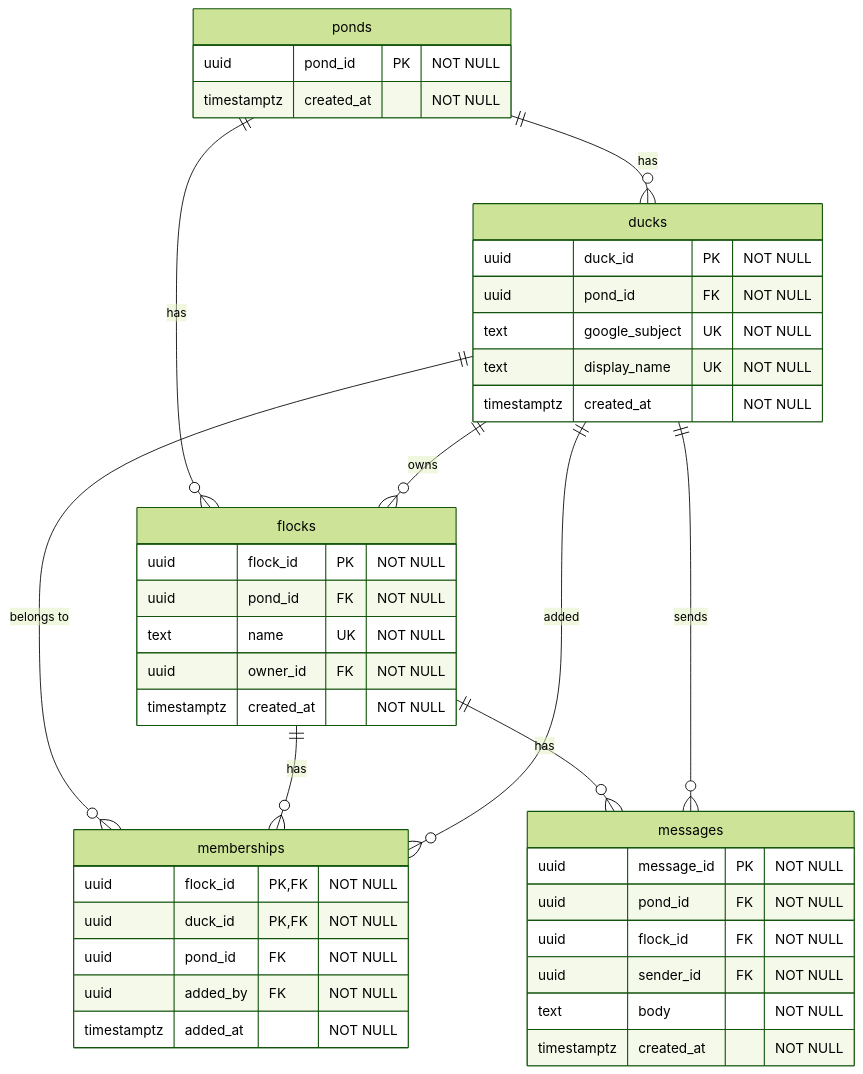
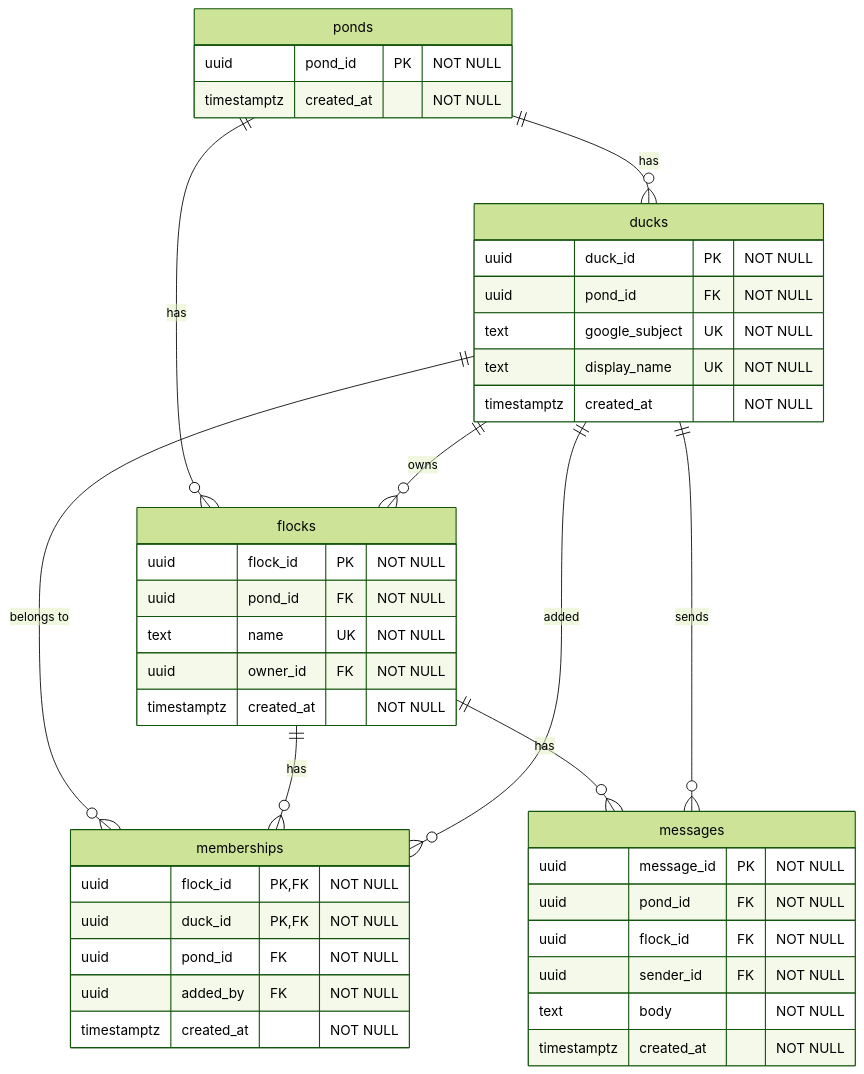
Before and after one commit to fractionalJoe/quack: the diagram in docs/design/data-model.md, drawn with Mermaid. The commit also changed 10 other files, not shown here.

````diff
--- a/docs/design/data-model.md
+++ b/docs/design/data-model.md
@@ -13,48 +13,48 @@
 ```mermaid
 ---
 config:
   theme: forest
 ---
 erDiagram
     ponds {
         uuid pond_id PK "NOT NULL"
         timestamptz created_at "NOT NULL"
     }
     ducks {
         uuid duck_id PK "NOT NULL"
         uuid pond_id FK "NOT NULL"
         text google_subject UK "NOT NULL"
         text display_name UK "NOT NULL"
         timestamptz created_at "NOT NULL"
     }
     flocks {
         uuid flock_id PK "NOT NULL"
         uuid pond_id FK "NOT NULL"
         text name UK "NOT NULL"
         uuid owner_id FK "NOT NULL"
         timestamptz created_at "NOT NULL"
     }
     memberships {
         uuid flock_id PK, FK "NOT NULL"
         uuid duck_id PK, FK "NOT NULL"
         uuid pond_id FK "NOT NULL"
         uuid added_by FK "NOT NULL"
-        timestamptz added_at "NOT NULL"
+        timestamptz created_at "NOT NULL"
     }
     messages {
         uuid message_id PK "NOT NULL"
         uuid pond_id FK "NOT NULL"
         uuid flock_id FK "NOT NULL"
         uuid sender_id FK "NOT NULL"
         text body "NOT NULL"
         timestamptz created_at "NOT NULL"
     }
     ponds ||--o{ ducks : has
     ponds ||--o{ flocks : has
     ducks ||--o{ flocks : owns
     ducks ||--o{ memberships : "belongs to"
     flocks ||--o{ memberships : has
     flocks ||--o{ messages : has
     ducks ||--o{ memberships : added
     ducks ||--o{ messages : sends
 ```
````
